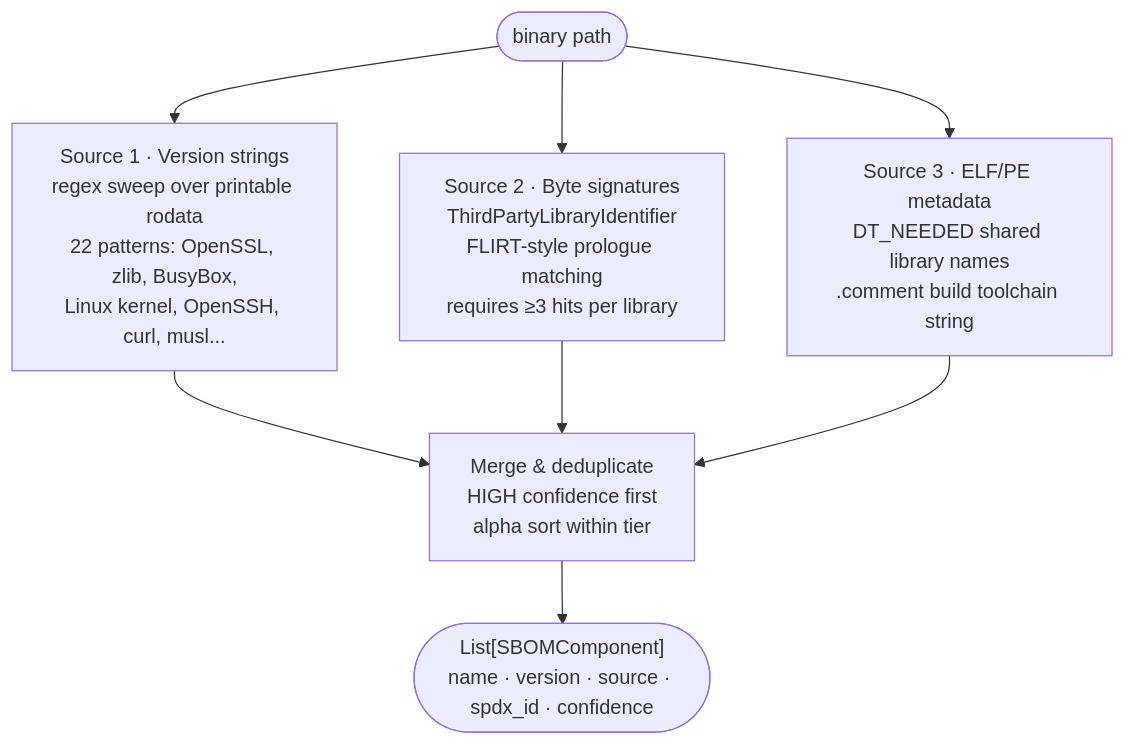
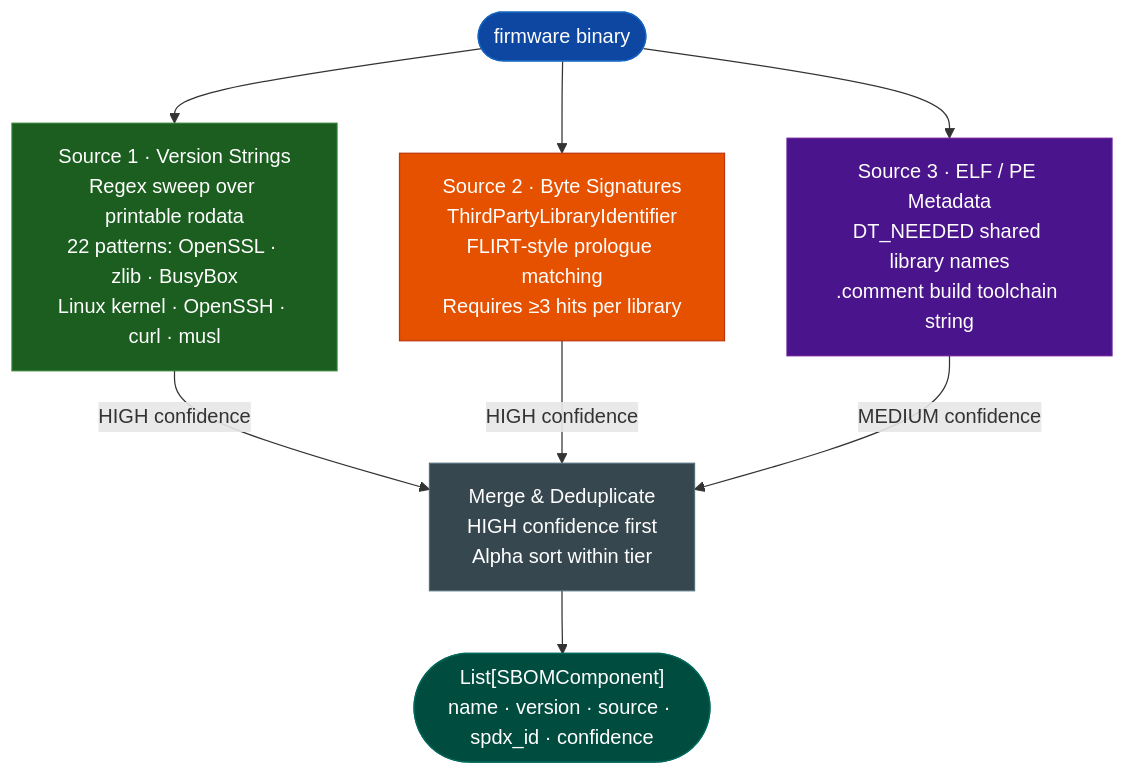
Before and after one commit to Ablation-Tool/ablation: the diagram in docs/reference-modules/dependency-and-supply-chain-tooling.md, drawn with Mermaid.

Commit message:
docs: add color coding to SBOM extraction flowchart
Each extraction source gets a distinct color class. Confidence level
labels on edges show HIGH vs MEDIUM before the merge step.

````diff
--- a/docs/reference-modules/dependency-and-supply-chain-tooling.md
+++ b/docs/reference-modules/dependency-and-supply-chain-tooling.md
@@ -37,22 +37,29 @@
 ```mermaid
 flowchart TD
-    IN(["binary path"])
+    IN(["firmware binary"]):::input
 
-    S1["Source 1 · Version strings\nregex sweep over printable rodata\n22 patterns: OpenSSL, zlib, BusyBox,\nLinux kernel, OpenSSH, curl, musl..."]
+    S1["Source 1 · Version Strings\nRegex sweep over printable rodata\n22 patterns: OpenSSL · zlib · BusyBox\nLinux kernel · OpenSSH · curl · musl"]:::ver
 
-    S2["Source 2 · Byte signatures\nThirdPartyLibraryIdentifier\nFLIRT-style prologue matching\nrequires ≥3 hits per library"]
+    S2["Source 2 · Byte Signatures\nThirdPartyLibraryIdentifier\nFLIRT-style prologue matching\nRequires ≥3 hits per library"]:::sig
 
-    S3["Source 3 · ELF/PE metadata\nDT_NEEDED shared library names\n.comment build toolchain string"]
+    S3["Source 3 · ELF / PE Metadata\nDT_NEEDED shared library names\n.comment build toolchain string"]:::meta
 
-    MERGE["Merge & deduplicate\nHIGH confidence first\nalpha sort within tier"]
+    MERGE["Merge & Deduplicate\nHIGH confidence first\nAlpha sort within tier"]:::merge
 
-    OUT(["List[SBOMComponent]\nname · version · source · spdx_id · confidence"])
+    OUT(["List[SBOMComponent]\nname · version · source · spdx_id · confidence"]):::output
 
     IN  --> S1
     IN  --> S2
     IN  --> S3
-    S1  --> MERGE
-    S2  --> MERGE
-    S3  --> MERGE
+    S1  -->|"HIGH confidence"| MERGE
+    S2  -->|"HIGH confidence"| MERGE
+    S3  -->|"MEDIUM confidence"| MERGE
     MERGE --> OUT
+
+    classDef input  fill:#0d47a1,stroke:#1565c0,color:#fff
+    classDef ver    fill:#1b5e20,stroke:#2e7d32,color:#fff
+    classDef sig    fill:#e65100,stroke:#bf360c,color:#fff
+    classDef meta   fill:#4a148c,stroke:#6a1b9a,color:#fff
+    classDef merge  fill:#37474f,stroke:#546e7a,color:#fff
+    classDef output fill:#004d40,stroke:#00695c,color:#fff
 ```
````
